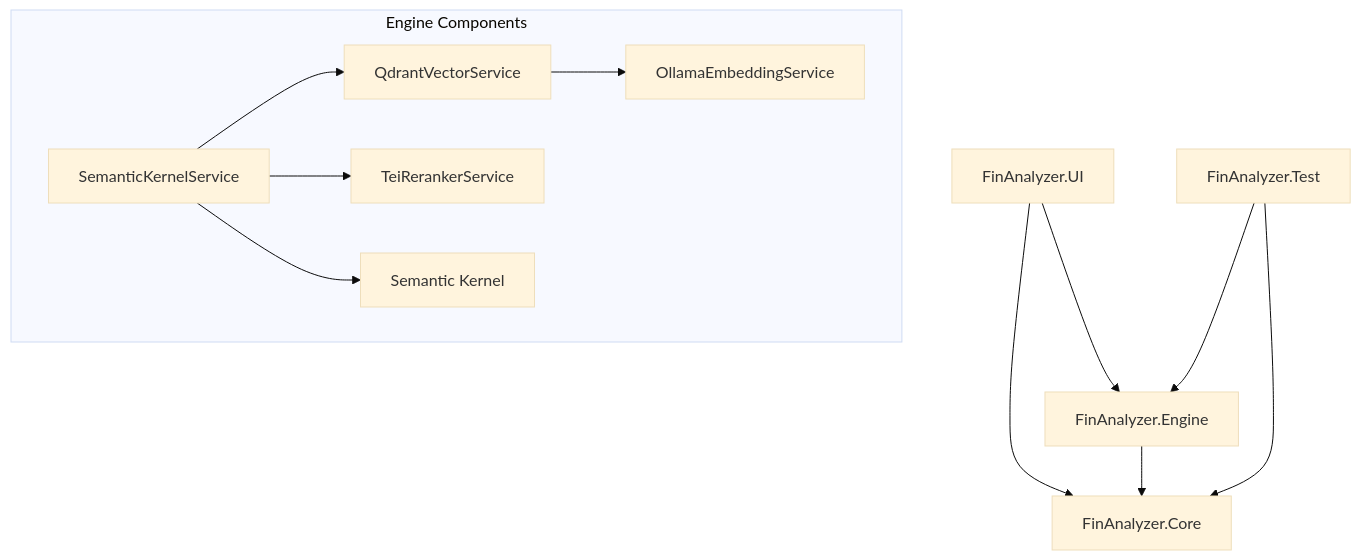
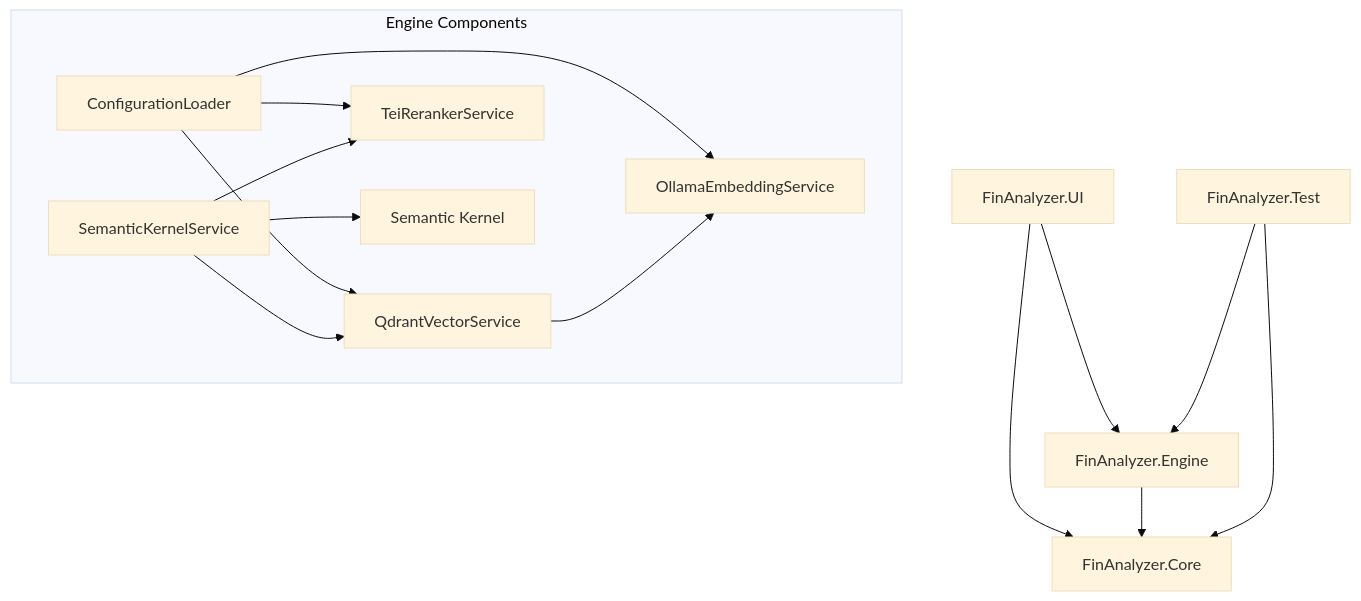
Before and after one commit to jiahao26/FinAnalyzer-Enterprise: the diagram in docs/ARCHITECTURE.md, drawn with Mermaid (base theme). The commit also changed other lines of this file and 21 other files, not shown here.

````diff
--- a/docs/ARCHITECTURE.md
+++ b/docs/ARCHITECTURE.md
@@ -7,15 +7,18 @@
 ```mermaid
 graph TD
     UI[FinAnalyzer.UI] --> Core[FinAnalyzer.Core]
     Engine[FinAnalyzer.Engine] --> Core
     UI --> Engine
     Test[FinAnalyzer.Test] --> Core
     Test --> Engine
 
     subgraph Engine Components
+        Config[ConfigurationLoader] --> Q
+        Config --> E
+        Config --> R
         SK[SemanticKernelService] --> Q[QdrantVectorService]
         SK --> R[TeiRerankerService]
         Q --> E[OllamaEmbeddingService]
         SK --> LLM[Semantic Kernel]
     end
 ```
````
